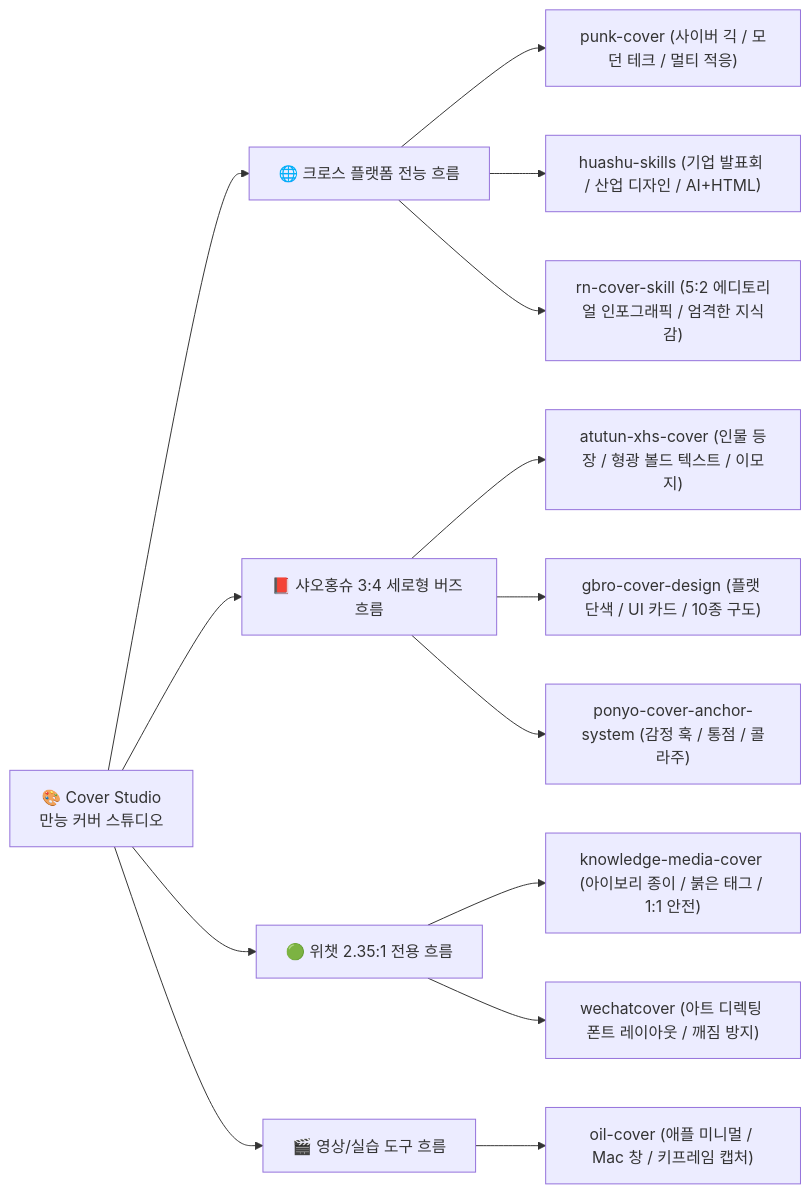
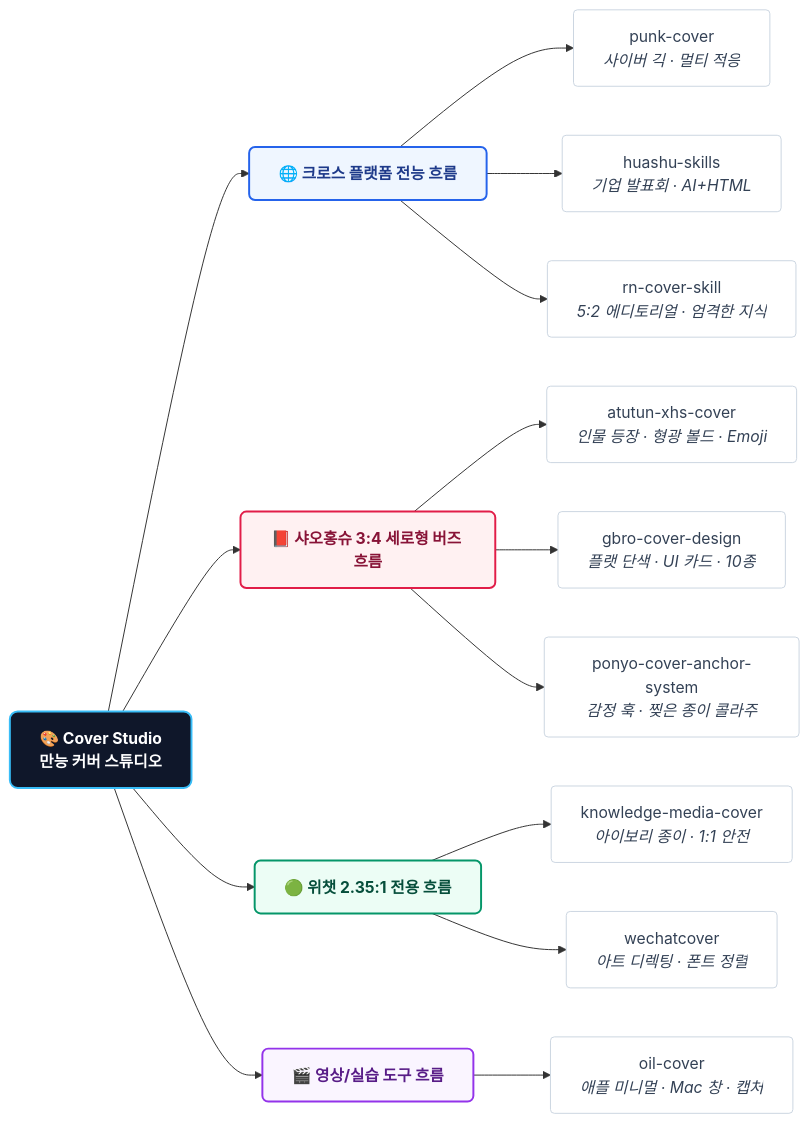
The second of 2 diagrams in README.ko.md (kaomei/cover-studio), drawn with Mermaid before and after one commit. The commit also changed other lines of this file and 7 other files, not shown here.

Commit message:
style(docs): elevate Mermaid flowchart UI with modern SaaS color palettes, card boxes and glowing borders

````diff
--- a/README.ko.md
+++ b/README.ko.md
@@ -73,21 +92,28 @@
 ```mermaid
 flowchart LR
-    CS["🎨 Cover Studio<br/>만능 커버 스튜디오"]
-    
-    CS --> S1["🌐 크로스 플랫폼 전능 흐름"]
-    S1 --> E1["punk-cover (사이버 긱 / 모던 테크 / 멀티 적응)"]
-    S1 --> E2["huashu-skills (기업 발표회 / 산업 디자인 / AI+HTML)"]
-    S1 --> E3["rn-cover-skill (5:2 에디토리얼 인포그래픽 / 엄격한 지식감)"]
+    classDef rootBox fill:#0f172a,stroke:#38bdf8,stroke-width:2px,color:#ffffff,font-weight:bold,rx:8px,ry:8px;
+    classDef cat1 fill:#eff6ff,stroke:#2563eb,stroke-width:2px,color:#1e3a8a,font-weight:bold,rx:6px,ry:6px;
+    classDef cat2 fill:#fff1f2,stroke:#e11d48,stroke-width:2px,color:#881337,font-weight:bold,rx:6px,ry:6px;
+    classDef cat3 fill:#ecfdf5,stroke:#059669,stroke-width:2px,color:#064e3b,font-weight:bold,rx:6px,ry:6px;
+    classDef cat4 fill:#faf5ff,stroke:#9333ea,stroke-width:2px,color:#581c87,font-weight:bold,rx:6px,ry:6px;
+    classDef leaf fill:#ffffff,stroke:#cbd5e1,stroke-width:1px,color:#334155,rx:4px,ry:4px;
 
-    CS --> S2["📕 샤오홍슈 3:4 세로형 버즈 흐름"]
-    S2 --> E4["atutun-xhs-cover (인물 등장 / 형광 볼드 텍스트 / 이모지)"]
-    S2 --> E5["gbro-cover-design (플랫 단색 / UI 카드 / 10종 구도)"]
-    S2 --> E6["ponyo-cover-anchor-system (감정 훅 / 통점 / 콜라주)"]
+    CS["🎨 Cover Studio<br/>만능 커버 스튜디오"]:::rootBox
 
-    CS --> S3["🟢 위챗 2.35:1 전용 흐름"]
-    S3 --> E7["knowledge-media-cover (아이보리 종이 / 붉은 태그 / 1:1 안전)"]
-    S3 --> E8["wechatcover (아트 디렉팅 폰트 레이아웃 / 깨짐 방지)"]
+    CS --> S1["🌐 크로스 플랫폼 전능 흐름"]:::cat1
+    S1 --> E1["punk-cover<br/><i>사이버 긱 · 멀티 적응</i>"]:::leaf
+    S1 --> E2["huashu-skills<br/><i>기업 발표회 · AI+HTML</i>"]:::leaf
+    S1 --> E3["rn-cover-skill<br/><i>5:2 에디토리얼 · 엄격한 지식</i>"]:::leaf
 
-    CS --> S4["🎬 영상/실습 도구 흐름"]
-    S4 --> E9["oil-cover (애플 미니멀 / Mac 창 / 키프레임 캡처)"]
+    CS --> S2["📕 샤오홍슈 3:4 세로형 버즈 흐름"]:::cat2
+    S2 --> E4["atutun-xhs-cover<br/><i>인물 등장 · 형광 볼드 · Emoji</i>"]:::leaf
+    S2 --> E5["gbro-cover-design<br/><i>플랫 단색 · UI 카드 · 10종</i>"]:::leaf
+    S2 --> E6["ponyo-cover-anchor-system<br/><i>감정 훅 · 찢은 종이 콜라주</i>"]:::leaf
+
+    CS --> S3["🟢 위챗 2.35:1 전용 흐름"]:::cat3
+    S3 --> E7["knowledge-media-cover<br/><i>아이보리 종이 · 1:1 안전</i>"]:::leaf
+    S3 --> E8["wechatcover<br/><i>아트 디렉팅 · 폰트 정렬</i>"]:::leaf
+
+    CS --> S4["🎬 영상/실습 도구 흐름"]:::cat4
+    S4 --> E9["oil-cover<br/><i>애플 미니멀 · Mac 창 · 캡처</i>"]:::leaf
 ```
````
